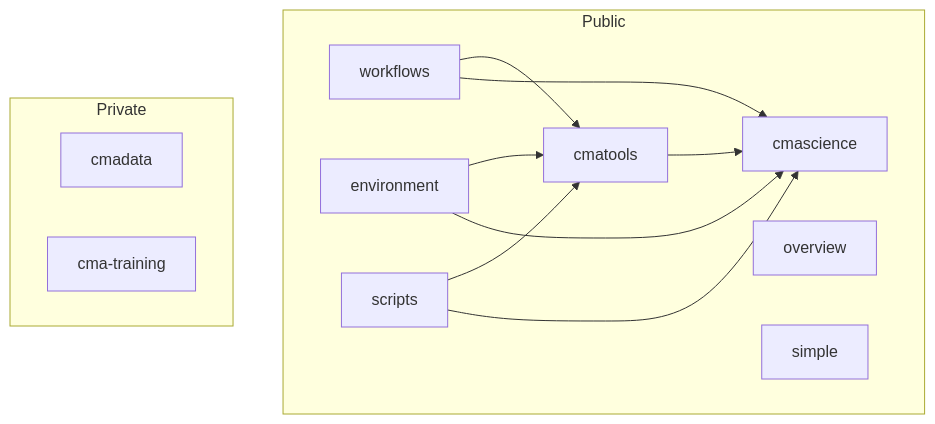
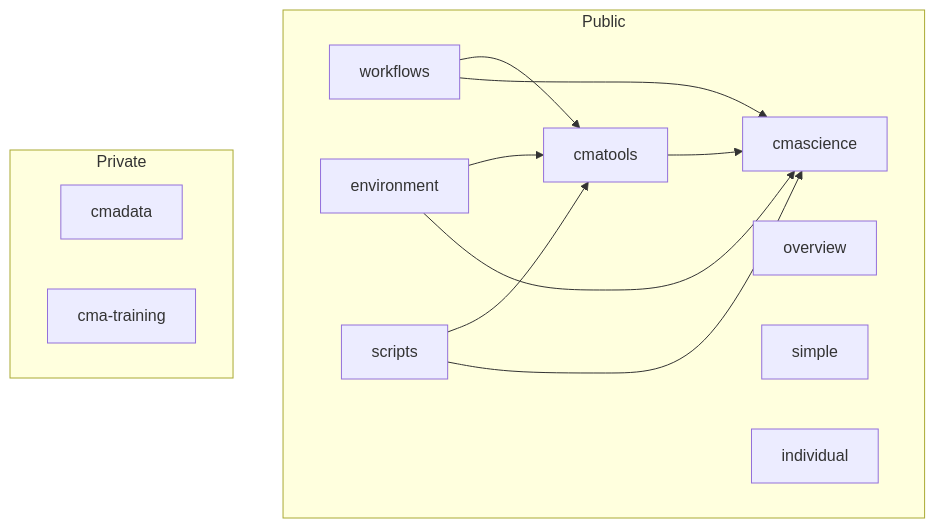
Before and after one commit to cma-open/overview: the diagram in README.md, drawn with Mermaid.

````diff
--- a/README.md
+++ b/README.md
@@ -10,30 +10,32 @@
 ```mermaid
 flowchart TB
  subgraph Public
     workflows
       click workflows "https://github.com/cma-open/workflows" "Link to workflows repo"
     workflows-->cmatools
     workflows-->cmascience
     environment
       click environment "https://github.com/cma-open/environment" "Link to environment repo"
     environment-->cmatools
     environment-->cmascience
     scripts
       click scripts "https://github.com/cma-open/scripts" "Link to scripts repo"
     scripts-->cmatools
     scripts-->cmascience
     cmatools-->cmascience
     click cmatools "https://github.com/cma-open/cmatools" "Link to cmatools"
     overview
       click overview "https://github.com/cma-open/overview" "Link to overview repo"
       click cmascience "https://github.com/cma-open/cmascience" "Link to cmascience repo"
     simple
       click simple "https://github.com/cma-open/simple" "Link to simple repo"
+    individual
+      click individual "https://github.com/cma-open/individual" "Link to individual repo"
     end
     subgraph Private
     cmadata
       click cmadata "https://github.com/cma-open/cmadata" "Link to cmadata repo"
     cma-training
       click cma-training "https://github.com/cma-open/cma-training" "Link to training repo"
     end
 ```
````
